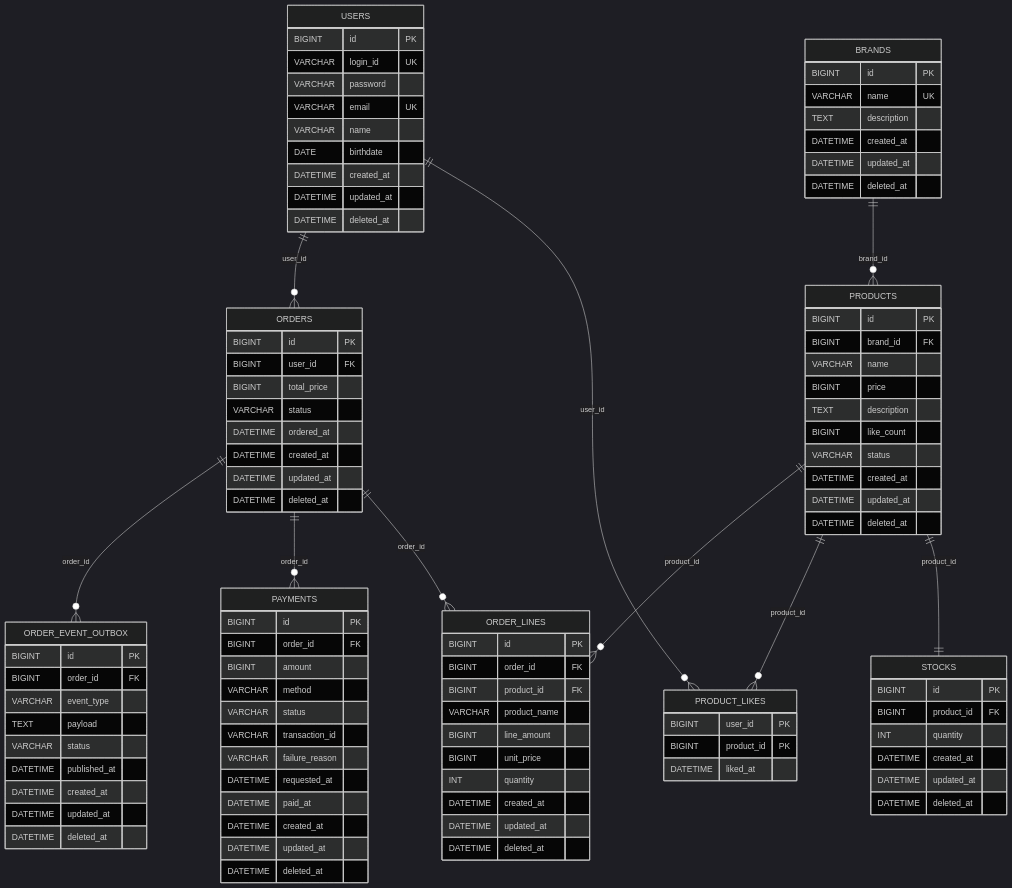
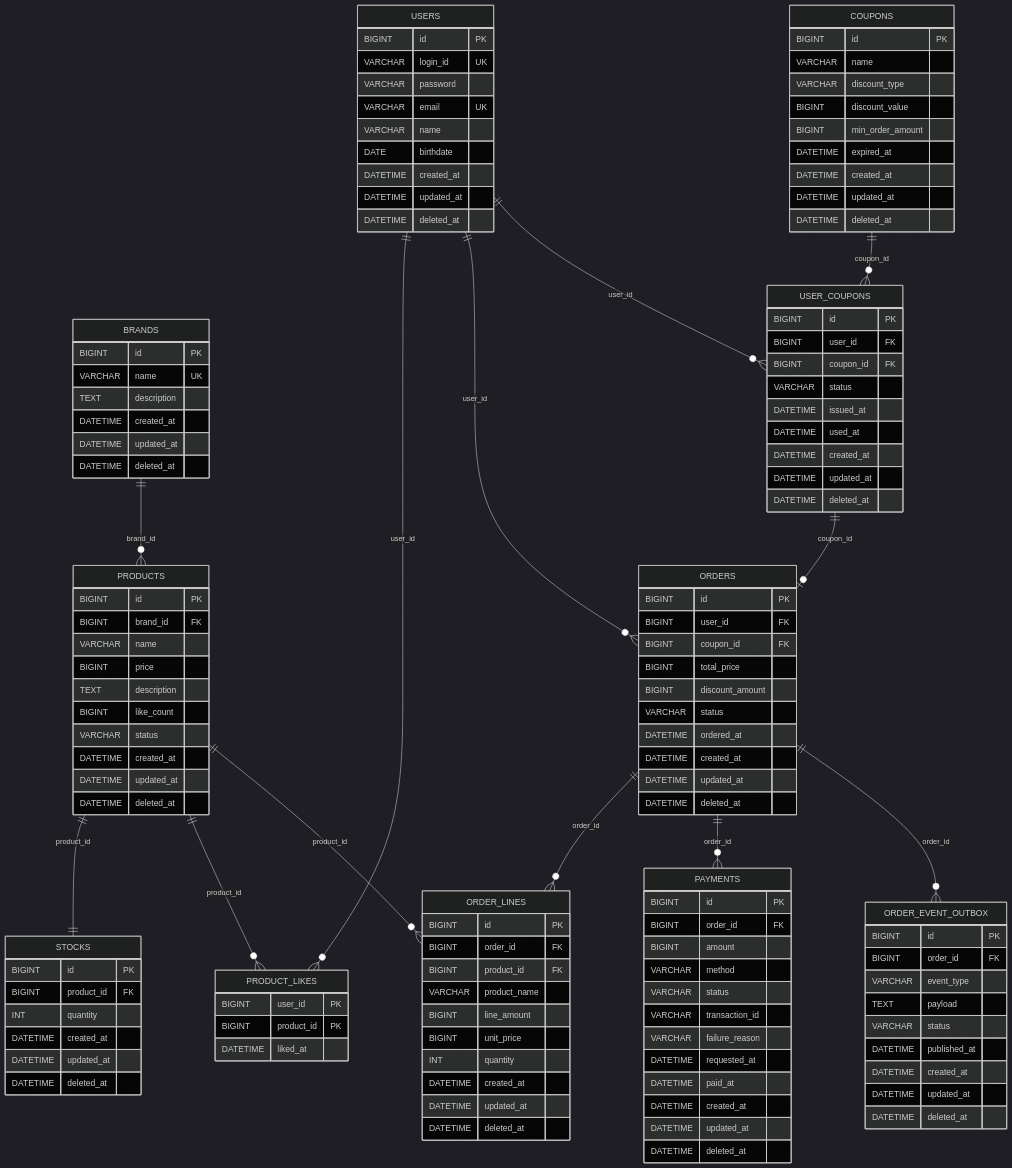
One commit to god3v/loop-pack-be-l2-vol4-kotlin changed the diagram in docs/design/04-erd.md. Above: the diagram before and after it, drawn with Mermaid (dark theme). The commit also changed other lines of this file and 14 other files, not shown here.

````diff
--- a/docs/design/04-erd.md
+++ b/docs/design/04-erd.md
@@ -19,6 +19,9 @@
     ORDERS ||--o{ ORDER_LINES : "order_id"
     ORDERS ||--o{ PAYMENTS : "order_id"
     ORDERS ||--o{ ORDER_EVENT_OUTBOX : "order_id"
+    USERS ||--o{ USER_COUPONS : "user_id"
+    COUPONS ||--o{ USER_COUPONS : "coupon_id"
+    USER_COUPONS ||--o| ORDERS : "coupon_id"
 
     USERS {
         BIGINT id PK
@@ -72,7 +75,9 @@
     ORDERS {
         BIGINT id PK
         BIGINT user_id FK
+        BIGINT coupon_id FK
         BIGINT total_price
+        BIGINT discount_amount
         VARCHAR status
         DATETIME ordered_at
         DATETIME created_at
@@ -119,4 +124,28 @@
         DATETIME updated_at
         DATETIME deleted_at
     }
+
+    COUPONS {
+        BIGINT id PK
+        VARCHAR name
+        VARCHAR discount_type
+        BIGINT discount_value
+        BIGINT min_order_amount
+        DATETIME expired_at
+        DATETIME created_at
+        DATETIME updated_at
+        DATETIME deleted_at
+    }
+
+    USER_COUPONS {
+        BIGINT id PK
+        BIGINT user_id FK
+        BIGINT coupon_id FK
+        VARCHAR status
+        DATETIME issued_at
+        DATETIME used_at
+        DATETIME created_at
+        DATETIME updated_at
+        DATETIME deleted_at
+    }
 ```
````
